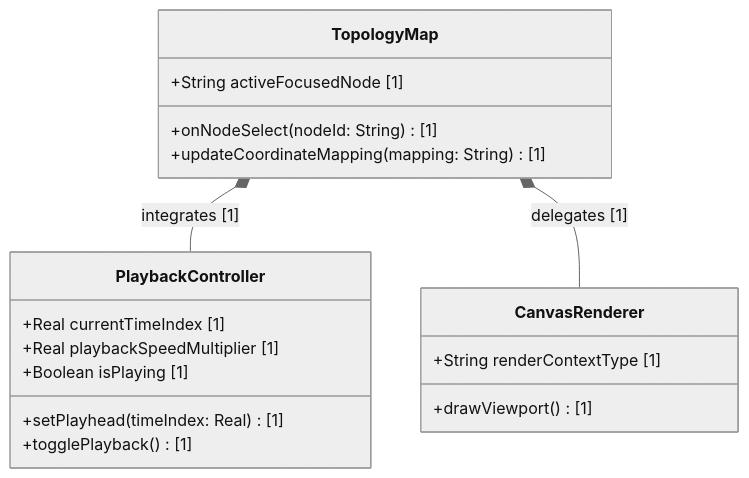
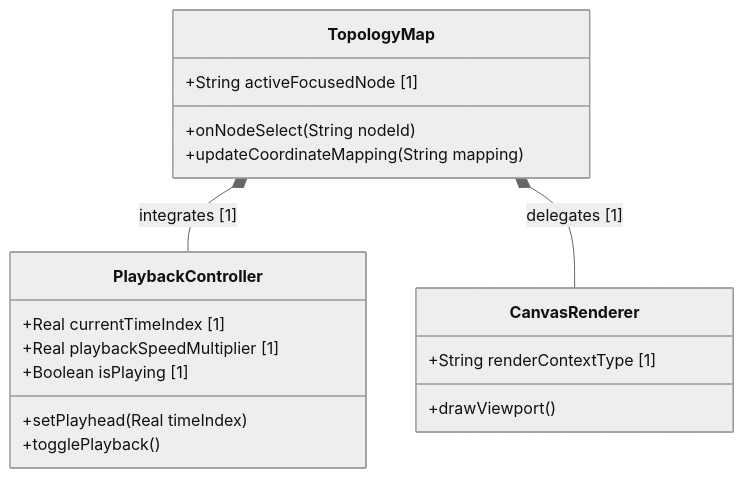
One commit to gintatkinson/digital-pipeline-repo changed the diagram in docs/features/feat-11-topology-map.md. Above: the diagram before and after it, drawn with Mermaid (neutral theme). The commit also changed 16 other files, not shown here.

Commit message:
feat: implement fix_mermaid_colons.py and repair existing Mermaid class diagrams

````diff
--- a/docs/features/feat-11-topology-map.md
+++ b/docs/features/feat-11-topology-map.md
@@ -13,22 +13,22 @@
 ```mermaid
 classDiagram
     class TopologyMap {
         +String activeFocusedNode [1]
-        +onNodeSelect(nodeId: String) [1]
-        +updateCoordinateMapping(mapping: String) [1]
+        +onNodeSelect(String nodeId)
+        +updateCoordinateMapping(String mapping)
     }
     class PlaybackController {
         +Real currentTimeIndex [1]
         +Real playbackSpeedMultiplier [1]
         +Boolean isPlaying [1]
-        +setPlayhead(timeIndex: Real) [1]
-        +togglePlayback() [1]
+        +setPlayhead(Real timeIndex)
+        +togglePlayback()
     }
     class CanvasRenderer {
         +String renderContextType [1]
-        +drawViewport() [1]
+        +drawViewport()
     }
 
     TopologyMap *-- PlaybackController : integrates [1]
     TopologyMap *-- CanvasRenderer : delegates [1]
 ```
````
